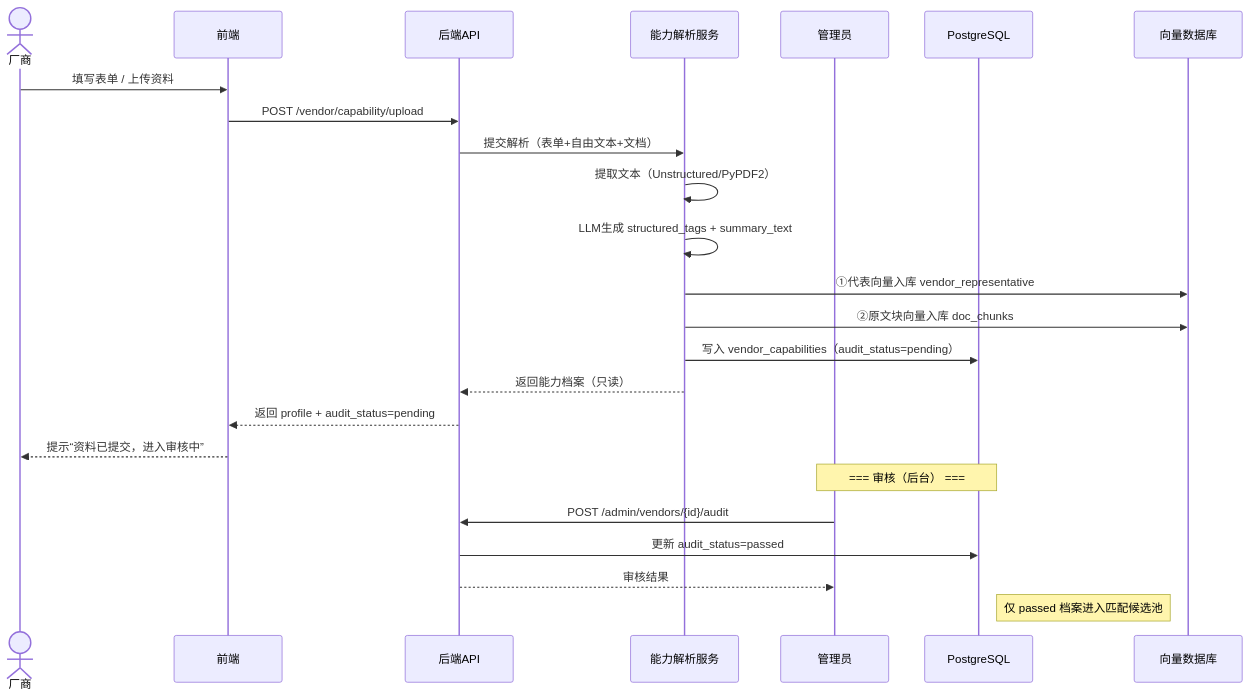
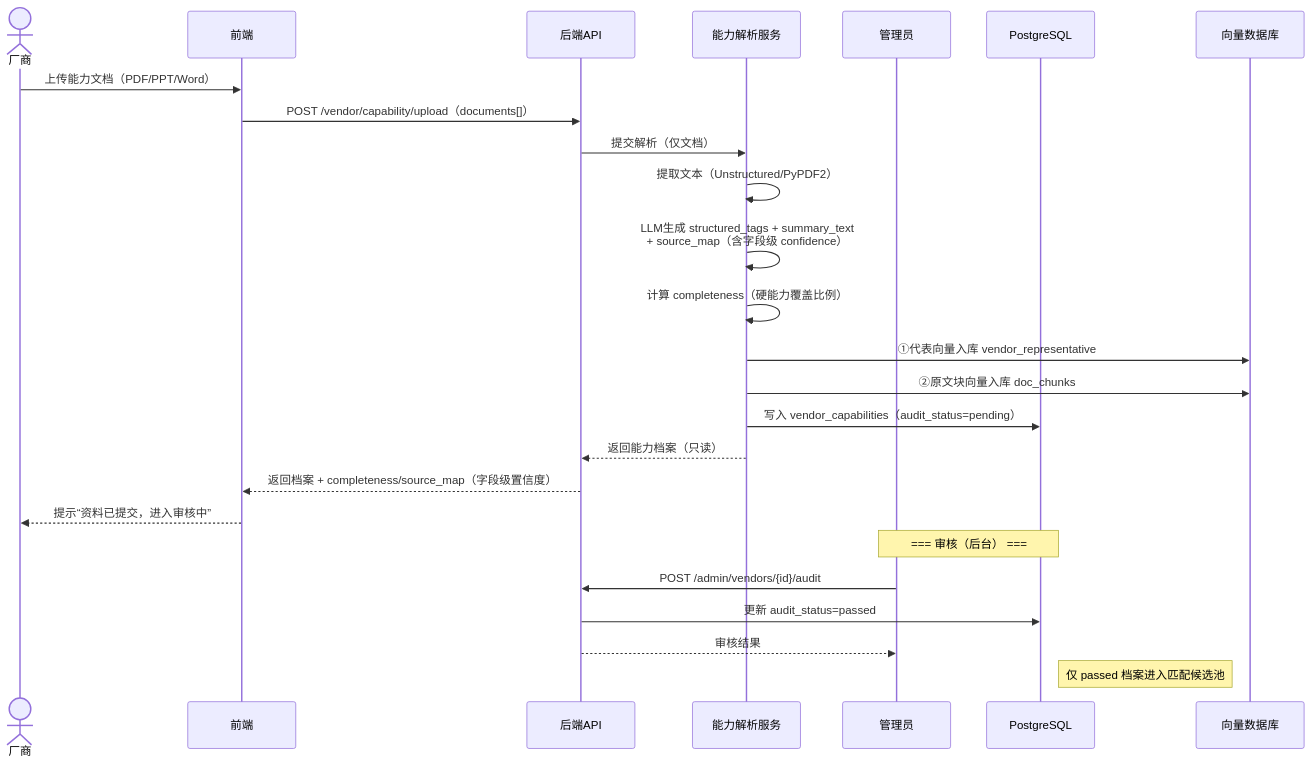
One commit to ivgotcrazy/xmsn-demo changed the sixth of 9 diagrams in doc/系统/系统架构设计.md. Above: the diagram before and after it, drawn with Mermaid. The commit also changed other lines of this file and 22 other files, not shown here.

````diff
--- a/doc/系统/系统架构设计.md
+++ b/doc/系统/系统架构设计.md
@@ -743,28 +761,29 @@
 ```mermaid
 sequenceDiagram
     actor V as 厂商
     participant FE as 前端
     participant API as 后端API
     participant Parse as 能力解析服务
     participant Admin as 管理员
     participant PG as PostgreSQL
     participant VDB as 向量数据库
 
-    V->>FE: 填写表单 / 上传资料
-    FE->>API: POST /vendor/capability/upload
-    API->>Parse: 提交解析（表单+自由文本+文档）
+    V->>FE: 上传能力文档（PDF/PPT/Word）
+    FE->>API: POST /vendor/capability/upload（documents[]）
+    API->>Parse: 提交解析（仅文档）
     Parse->>Parse: 提取文本（Unstructured/PyPDF2）
-    Parse->>Parse: LLM生成 structured_tags + summary_text
+    Parse->>Parse: LLM生成 structured_tags + summary_text<br/>+ source_map（含字段级 confidence）
+    Parse->>Parse: 计算 completeness（硬能力覆盖比例）
     Parse->>VDB: ①代表向量入库 vendor_representative
     Parse->>VDB: ②原文块向量入库 doc_chunks
     Parse->>PG: 写入 vendor_capabilities（audit_status=pending）
     Parse-->>API: 返回能力档案（只读）
-    API-->>FE: 返回 profile + audit_status=pending
+    API-->>FE: 返回档案 + completeness/source_map（字段级置信度）
     FE-->>V: 提示“资料已提交，进入审核中”
 
     Note over Admin, PG: === 审核（后台） ===
     Admin->>API: POST /admin/vendors/{id}/audit
     API->>PG: 更新 audit_status=passed
     API-->>Admin: 审核结果
     Note right of PG: 仅 passed 档案进入匹配候选池
 ```
````
